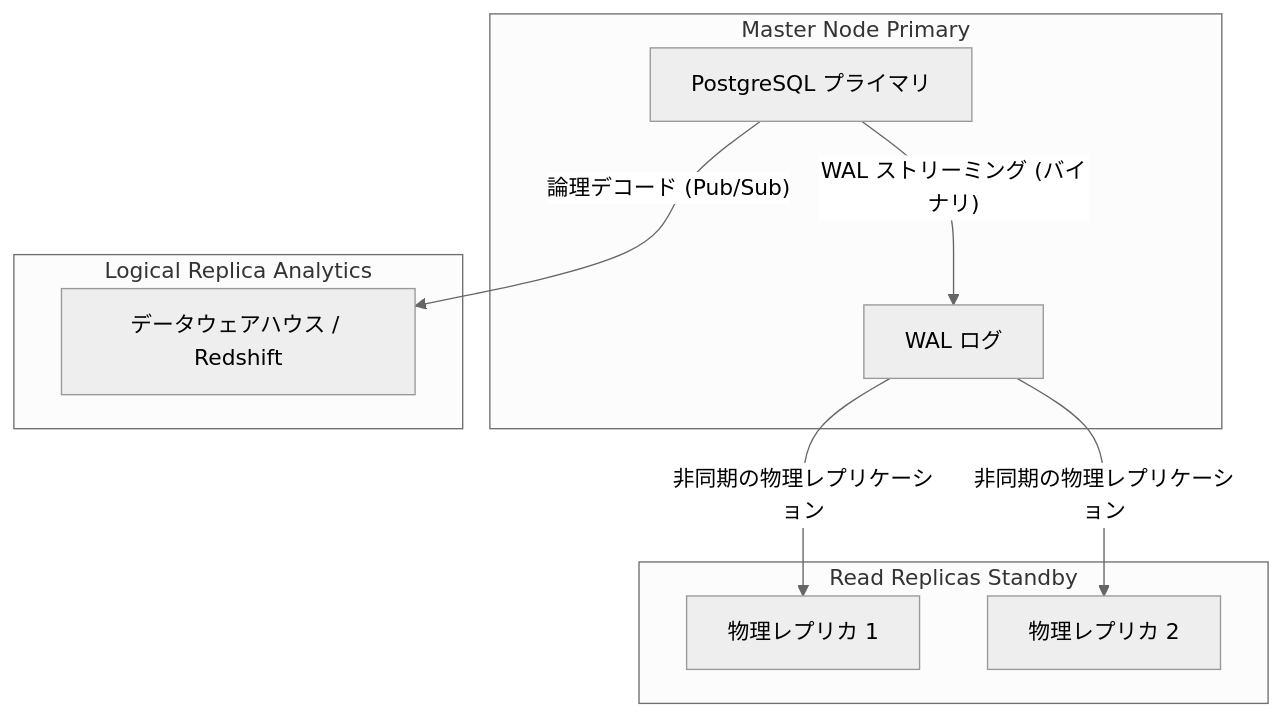
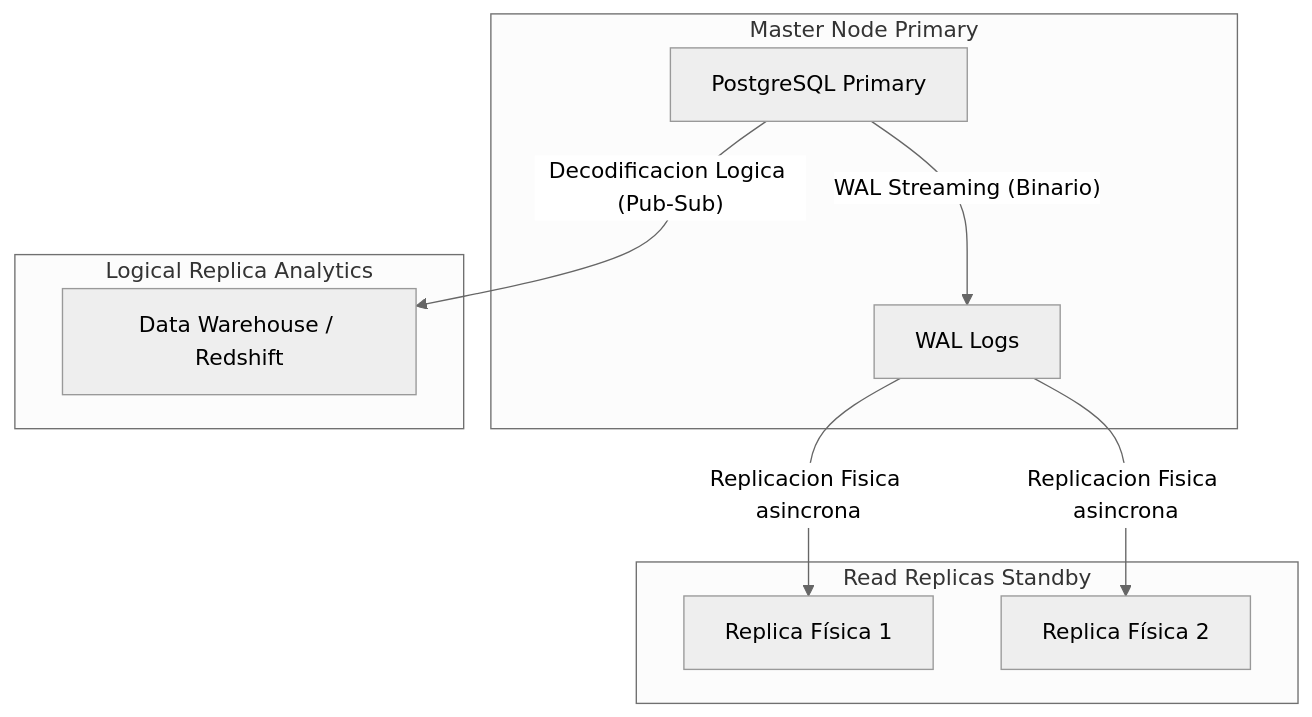
One commit to gjpierp/nmergeia changed the first of 2 diagrams in public/docs/ja/postgres_experto.md. Above: the diagram before and after it, drawn with Mermaid (neutral theme). The commit also changed other lines of this file and 518 other files, not shown here.

````diff
--- a/public/docs/ja/postgres_experto.md
+++ b/public/docs/ja/postgres_experto.md
@@ -34,21 +34,21 @@
 ```mermaid
 graph TD
     subgraph primary_node [Master Node Primary]
-        P[PostgreSQL プライマリ]
-        WAL[WAL ログ]
+        P[PostgreSQL Primary]
+        WAL[WAL Logs]
     end
     
     subgraph standby_node [Read Replicas Standby]
-        S1[物理レプリカ 1]
-        S2[物理レプリカ 2]
+        S1[Replica Física 1]
+        S2[Replica Física 2]
     end
     
     subgraph analytics_node [Logical Replica Analytics]
-        L1[データウェアハウス / Redshift]
+        L1[Data Warehouse / Redshift]
     end
 
-    P -->|"WAL ストリーミング (バイナリ)"| WAL
-    WAL -->|非同期の物理レプリケーション| S1
-    WAL -->|非同期の物理レプリケーション| S2
-    P -->|"論理デコード (Pub/Sub)"| L1
+    P -->|"WAL Streaming (Binario)"| WAL
+    WAL -->|"Replicacion Fisica asincrona"| S1
+    WAL -->|"Replicacion Fisica asincrona"| S2
+    P -->|"Decodificacion Logica (Pub-Sub)"| L1
 ```
````
